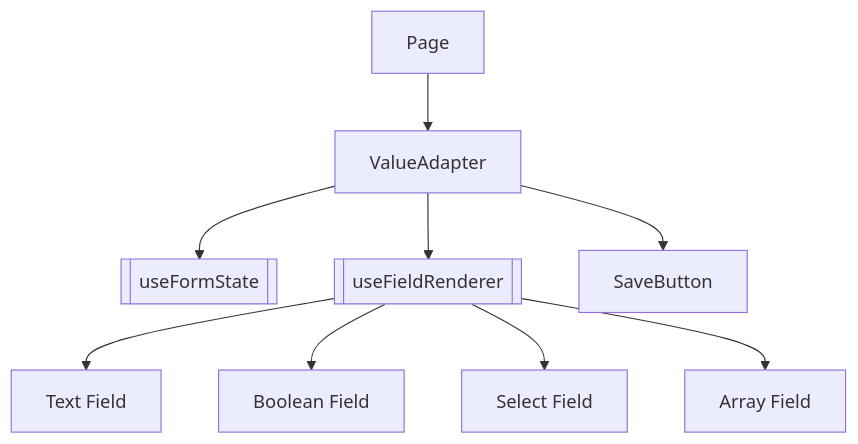
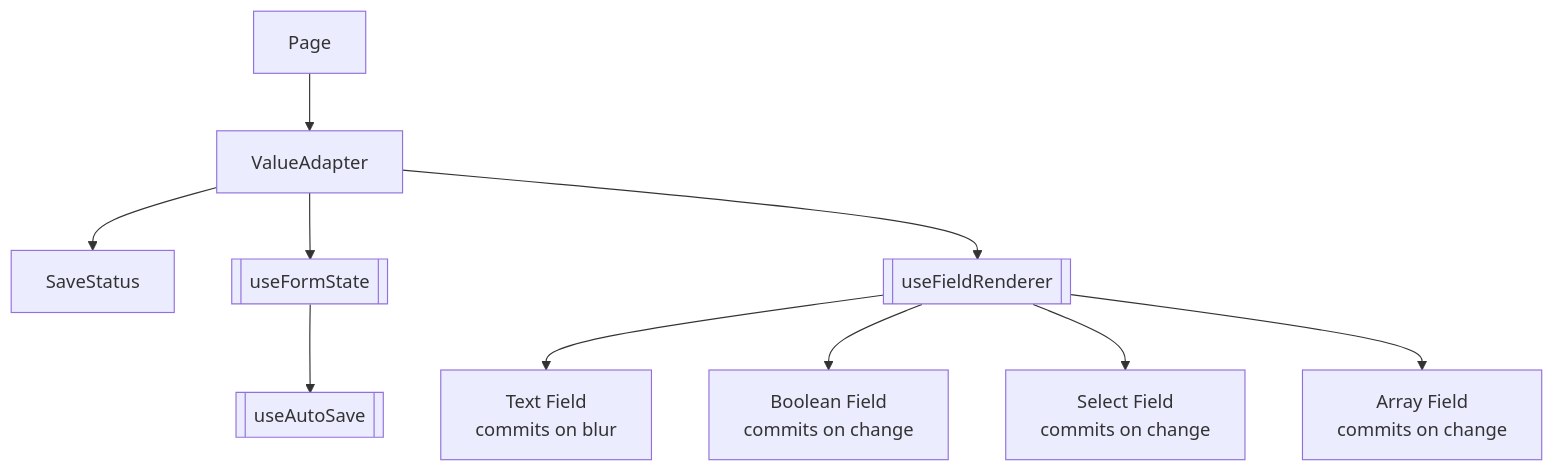
One commit to Fly-onlyone/ZZZ_Bot_Python changed the diagram in obsidian/02-Frontend/components/forms/ValueAdapter.md. Above: the diagram before and after it, drawn with Mermaid. The commit also changed other lines of this file and 27 other files, not shown here.

First line of the commit message:
feat(frontend): auto-save form data instead of manual save button

````diff
--- a/obsidian/02-Frontend/components/forms/ValueAdapter.md
+++ b/obsidian/02-Frontend/components/forms/ValueAdapter.md
@@ -12,11 +14,12 @@
 ```mermaid
 flowchart TD
   Page[Page] --> VA[ValueAdapter]
+  VA --> SS[SaveStatus]
   VA --> FS[[useFormState]]
+  FS --> AS[[useAutoSave]]
   VA --> FR[[useFieldRenderer]]
-  FR --> TF[Text Field]
-  FR --> BF[Boolean Field]
-  FR --> SF[Select Field]
-  FR --> AF[Array Field]
-  VA --> SB[SaveButton]
+  FR --> TF[Text Field<br/>commits on blur]
+  FR --> BF[Boolean Field<br/>commits on change]
+  FR --> SF[Select Field<br/>commits on change]
+  FR --> AF[Array Field<br/>commits on change]
 ```
````
